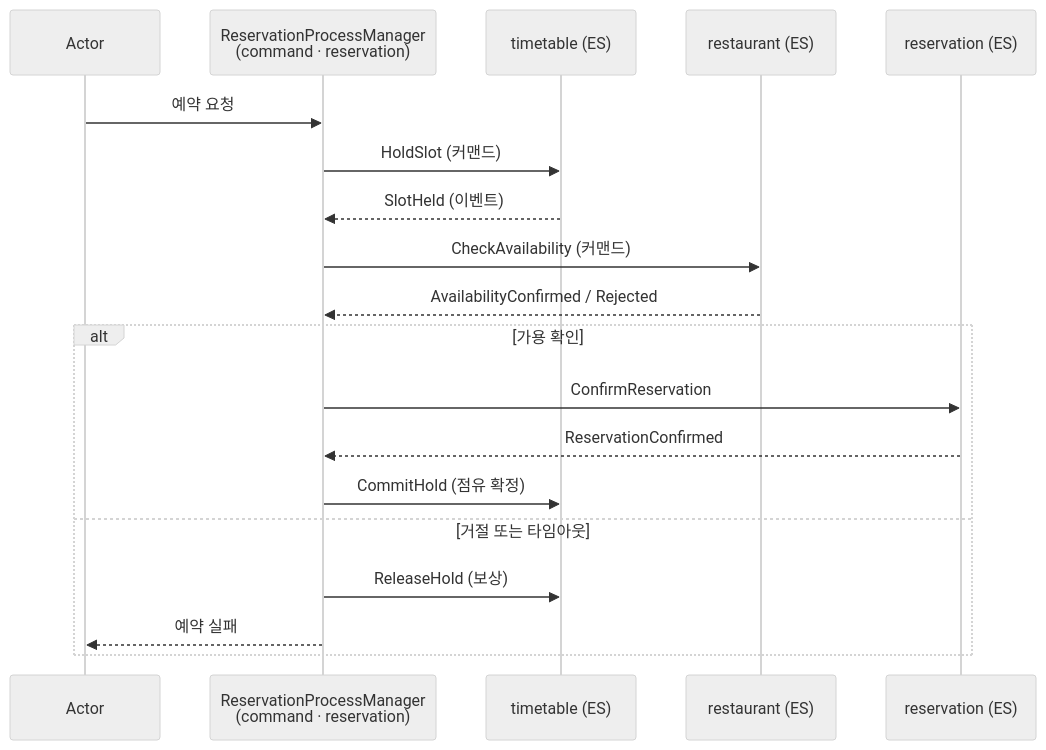
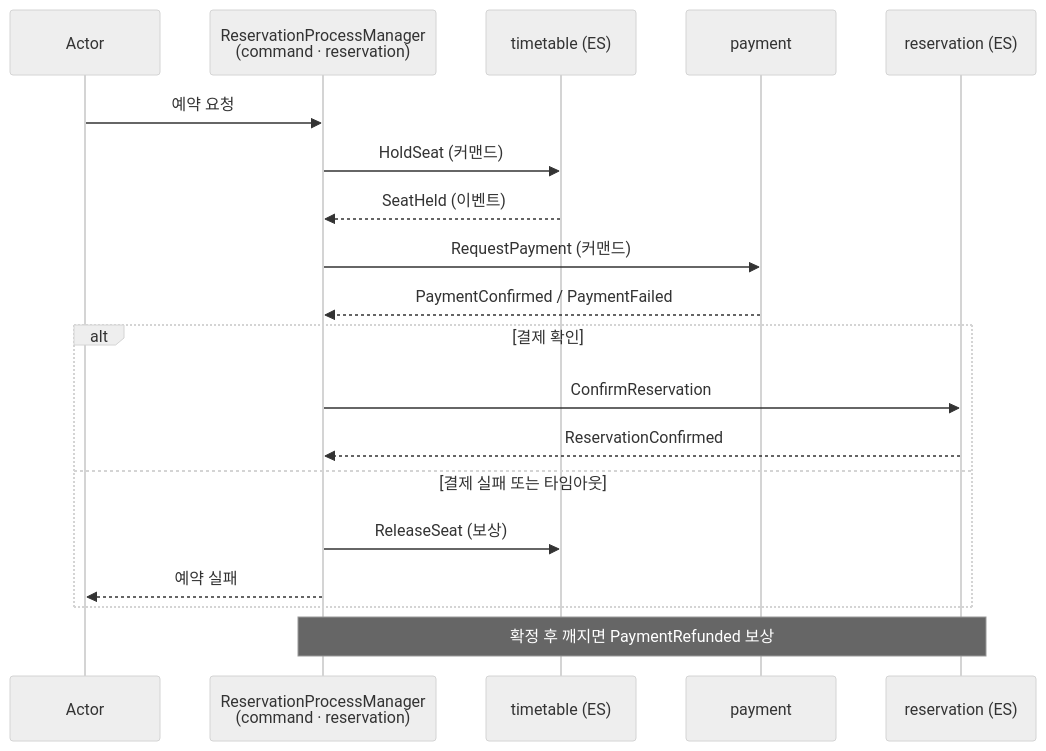
Before and after one commit to newkayak12/prototype-reservation-system: the second of 3 diagrams in docs/v2/design_doc/06-consistency-and-sagas.md, drawn with Mermaid (neutral theme). The commit also changed other lines of this file and 45 other files, not shown here.

````diff
--- a/docs/v2/design_doc/06-consistency-and-sagas.md
+++ b/docs/v2/design_doc/06-consistency-and-sagas.md
@@ -57,22 +64,22 @@
 ```mermaid
 sequenceDiagram
     participant U as Actor
     participant PM as ReservationProcessManager<br/>(command · reservation)
     participant TT as timetable (ES)
-    participant R as restaurant (ES)
+    participant P as payment
     participant RES as reservation (ES)
 
     U->>PM: 예약 요청
-    PM->>TT: HoldSlot (커맨드)
-    TT-->>PM: SlotHeld (이벤트)
-    PM->>R: CheckAvailability (커맨드)
-    R-->>PM: AvailabilityConfirmed / Rejected
-    alt 가용 확인
+    PM->>TT: HoldSeat (커맨드)
+    TT-->>PM: SeatHeld (이벤트)
+    PM->>P: RequestPayment (커맨드)
+    P-->>PM: PaymentConfirmed / PaymentFailed
+    alt 결제 확인
         PM->>RES: ConfirmReservation
         RES-->>PM: ReservationConfirmed
-        PM->>TT: CommitHold (점유 확정)
-    else 거절 또는 타임아웃
-        PM->>TT: ReleaseHold (보상)
+    else 결제 실패 또는 타임아웃
+        PM->>TT: ReleaseSeat (보상)
         PM-->>U: 예약 실패
     end
+    note over PM,RES: 확정 후 깨지면 PaymentRefunded 보상
 ```
````
